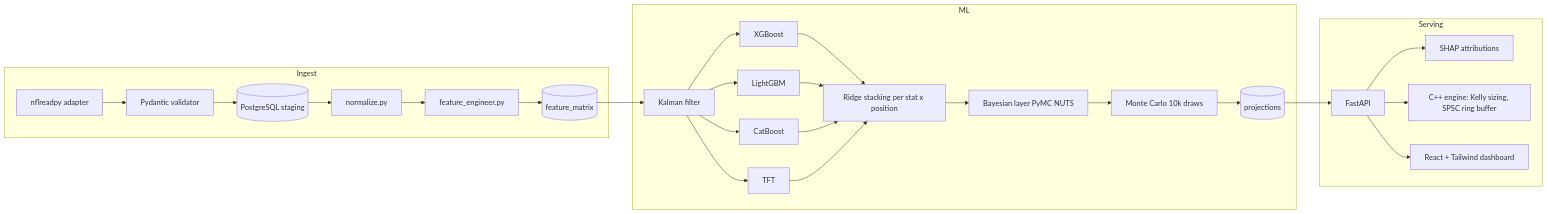
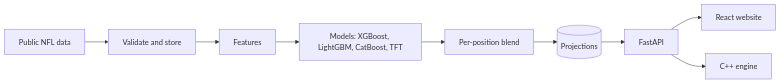
One commit to RisshabhBhardwaj/gridiron-oracle changed the diagram in README.md. Above: the diagram before and after it, drawn with Mermaid. The commit also changed other lines of this file and 61 other files, not shown here.

````diff
--- a/README.md
+++ b/README.md
@@ -62,29 +24,11 @@
 ```mermaid
 flowchart LR
-    subgraph Ingest
-        A[nflreadpy adapter] --> B[Pydantic validator]
-        B --> C[(PostgreSQL staging)]
-        C --> D[normalize.py]
-        D --> E[feature_engineer.py]
-        E --> F[(feature_matrix)]
-    end
-
-    subgraph ML
-        F --> G[Kalman filter]
-        G --> H1[XGBoost]
-        G --> H2[LightGBM]
-        G --> H3[CatBoost]
-        G --> H4[TFT]
-        H1 & H2 & H3 & H4 --> I[Ridge stacking per stat x position]
-        I --> J[Bayesian layer PyMC NUTS]
-        J --> K[Monte Carlo 10k draws]
-        K --> L[(projections)]
-    end
-
-    subgraph Serving
-        L --> M[FastAPI]
-        M --> N[SHAP attributions]
-        M --> O[C++ engine: Kelly sizing, SPSC ring buffer]
-        M --> P[React + Tailwind dashboard]
-    end
+    A[Public NFL data] --> B[Validate and store]
+    B --> C[Features]
+    C --> D[Models: XGBoost, LightGBM, CatBoost, TFT]
+    D --> E[Per-position blend]
+    E --> F[(Projections)]
+    F --> G[FastAPI]
+    G --> H[React website]
+    G --> I[C++ engine]
 ```
````
